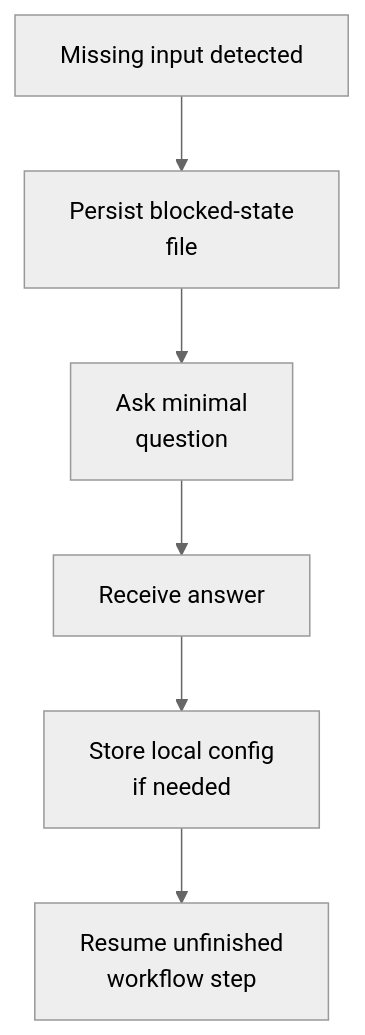
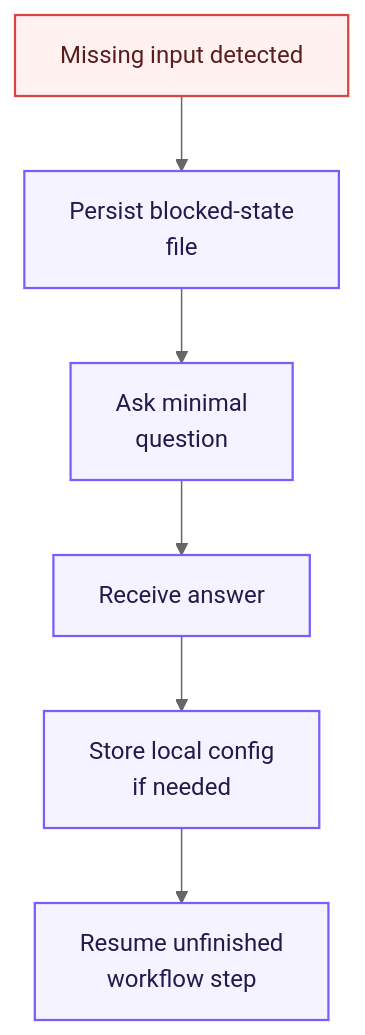
The third of 5 diagrams in docs/qa/ai-qc-workflow.md (Qin-BL/quality-platform), drawn with Mermaid (neutral theme) before and after one commit. The commit also changed other lines of this file and 2 other files, not shown here.

Commit message:
Style Mermaid diagrams for readability

```diff
--- a/docs/qa/ai-qc-workflow.md
+++ b/docs/qa/ai-qc-workflow.md
@@ -64,8 +78,12 @@
 ::: mermaid
 graph TD
     A["Missing input detected"] --> B["Persist blocked-state<br/>file"]
     B --> C["Ask minimal<br/>question"]
     C --> D["Receive answer"]
     D --> E["Store local config<br/>if needed"]
     E --> F["Resume unfinished<br/>workflow step"]
+    classDef warning fill:#fff1f0,stroke:#d64545,color:#5c1d1d,stroke-width:1.5px;
+    classDef action fill:#f5f3ff,stroke:#7c5cff,color:#221b4b,stroke-width:1.5px;
+    class A warning;
+    class B,C,D,E,F action;
 :::
```
